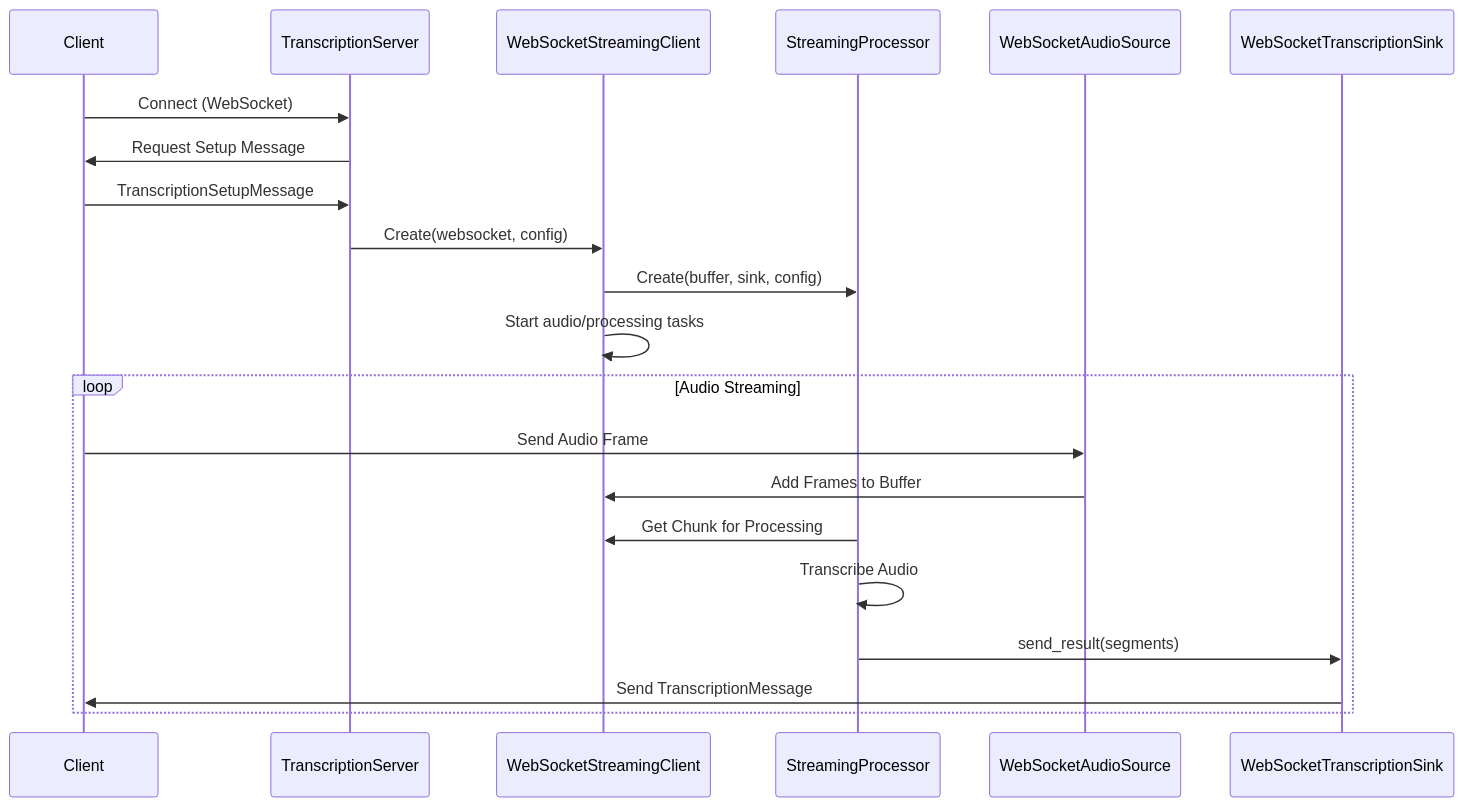
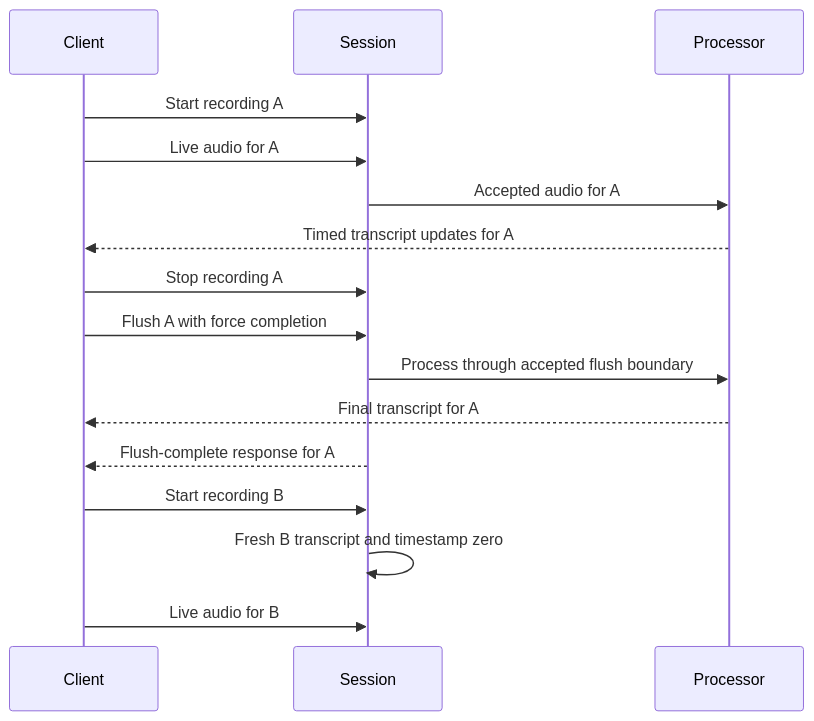
The second of 2 diagrams in ARCHITECTURE.md (shyndman/lmnop-eavesdrop), drawn with Mermaid before and after one commit. The commit also changed other lines of this file and 103 other files, not shown here.

Commit message:
Reduce transcription to live WebSocket audio (#20)

````diff
--- a/ARCHITECTURE.md
+++ b/ARCHITECTURE.md
@@ -153,25 +50,18 @@
 ```mermaid
 sequenceDiagram
     participant Client
-    participant TranscriptionServer
-    participant WebSocketStreamingClient
-    participant StreamingProcessor
-    participant WebSocketAudioSource
-    participant WebSocketTranscriptionSink
-
-    Client->>TranscriptionServer: Connect (WebSocket)
-    TranscriptionServer->>Client: Request Setup Message
-    Client->>TranscriptionServer: TranscriptionSetupMessage
-    TranscriptionServer->>WebSocketStreamingClient: Create(websocket, config)
-    WebSocketStreamingClient->>StreamingProcessor: Create(buffer, sink, config)
-    WebSocketStreamingClient->>WebSocketStreamingClient: Start audio/processing tasks
-
-    loop Audio Streaming
-        Client->>WebSocketAudioSource: Send Audio Frame
-        WebSocketAudioSource->>WebSocketStreamingClient: Add Frames to Buffer
-        StreamingProcessor->>WebSocketStreamingClient: Get Chunk for Processing
-        StreamingProcessor->>StreamingProcessor: Transcribe Audio
-        StreamingProcessor->>WebSocketTranscriptionSink: send_result(segments)
-        WebSocketTranscriptionSink->>Client: Send TranscriptionMessage
-    end
+    participant Session
+    participant Processor
+    Client->>Session: Start recording A
+    Client->>Session: Live audio for A
+    Session->>Processor: Accepted audio for A
+    Processor-->>Client: Timed transcript updates for A
+    Client->>Session: Stop recording A
+    Client->>Session: Flush A with force completion
+    Session->>Processor: Process through accepted flush boundary
+    Processor-->>Client: Final transcript for A
+    Session-->>Client: Flush-complete response for A
+    Client->>Session: Start recording B
+    Session->>Session: Fresh B transcript and timestamp zero
+    Client->>Session: Live audio for B
 ```
````
